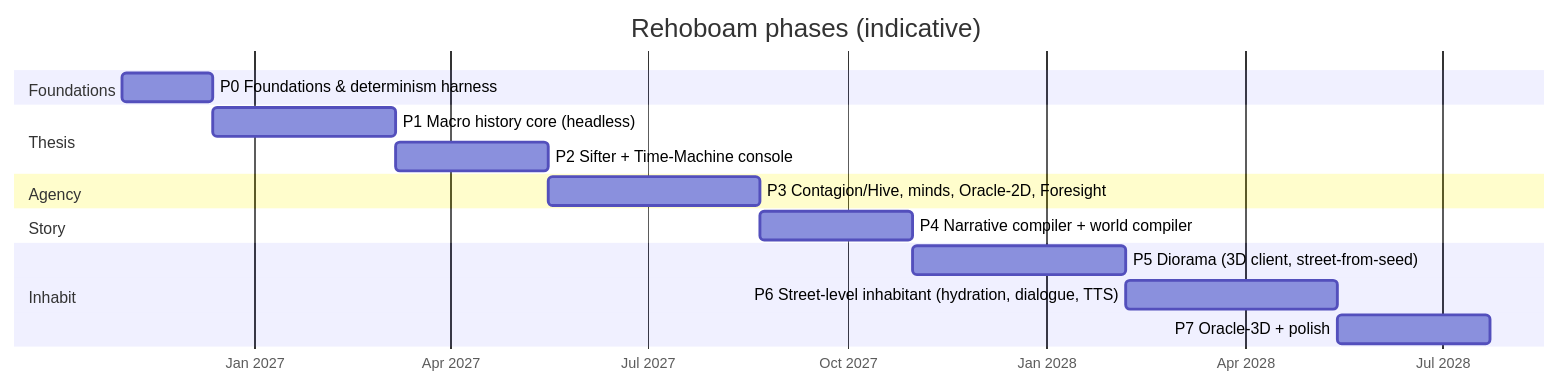
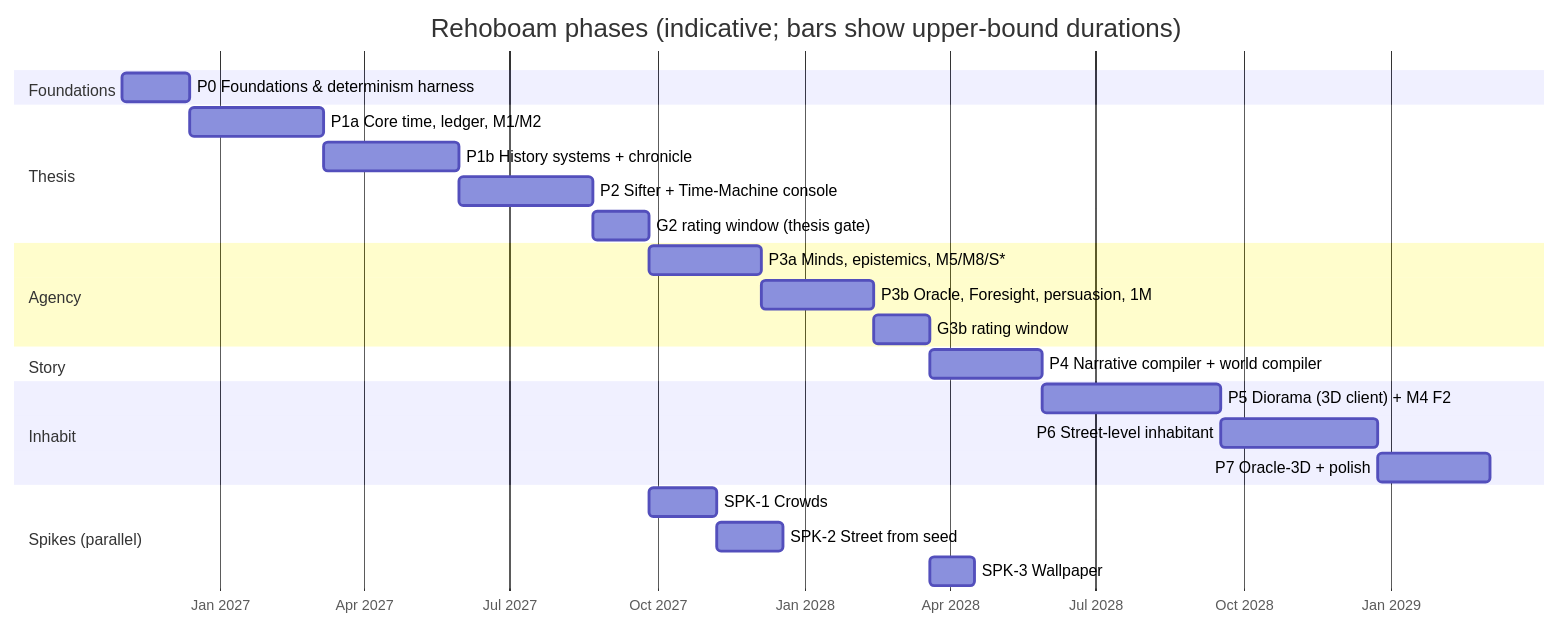
The diagram in docs/11_roadmap.md (BigRigVibeCoder/Rehoboam), drawn with Mermaid before and after one commit. The commit also changed other lines of this file and 23 other files, not shown here.

````diff
--- a/docs/11_roadmap.md
+++ b/docs/11_roadmap.md
@@ -9,19 +10,27 @@
 ```mermaid
 gantt
-    title Rehoboam phases (indicative)
+    title Rehoboam phases (indicative; bars show upper-bound durations)
     dateFormat  YYYY-MM-DD
     axisFormat  %b %Y
     section Foundations
-    P0 Foundations & determinism harness      :p0, 2026-11-01, 6w
+    P0 Foundations & determinism harness       :p0, 2026-11-01, 6w
     section Thesis
-    P1 Macro history core (headless)          :p1, after p0, 12w
-    P2 Sifter + Time-Machine console          :p2, after p1, 10w
+    P1a Core time, ledger, M1/M2               :p1a, after p0, 12w
+    P1b History systems + chronicle            :p1b, after p1a, 12w
+    P2 Sifter + Time-Machine console           :p2, after p1b, 12w
+    G2 rating window (thesis gate)             :g2, after p2, 5w
     section Agency
-    P3 Contagion/Hive, minds, Oracle-2D, Foresight :p3, after p2, 14w
+    P3a Minds, epistemics, M5/M8/S*            :p3a, after g2, 10w
+    P3b Oracle, Foresight, persuasion, 1M      :p3b, after p3a, 10w
+    G3b rating window                          :g3, after p3b, 5w
     section Story
-    P4 Narrative compiler + world compiler    :p4, after p3, 10w
+    P4 Narrative compiler + world compiler     :p4, after g3, 10w
     section Inhabit
-    P5 Diorama (3D client, street-from-seed)  :p5, after p4, 14w
-    P6 Street-level inhabitant (hydration, dialogue, TTS) :p6, after p5, 14w
-    P7 Oracle-3D + polish                     :p7, after p6, 10w
+    P5 Diorama (3D client) + M4 F2             :p5, after p4, 16w
+    P6 Street-level inhabitant                 :p6, after p5, 14w
+    P7 Oracle-3D + polish                      :p7, after p6, 10w
+    section Spikes (parallel)
+    SPK-1 Crowds                               :spk1, after g2, 6w
+    SPK-2 Street from seed                     :spk2, after spk1, 6w
+    SPK-3 Wallpaper                            :spk3, after g3, 4w
 ```
````
